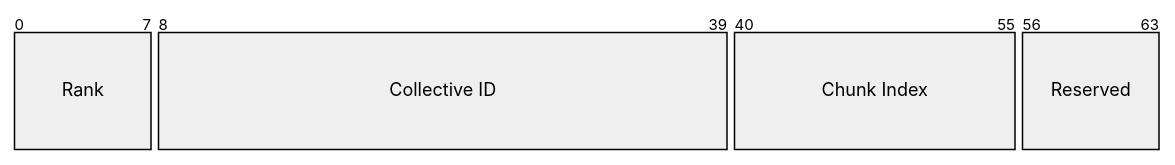
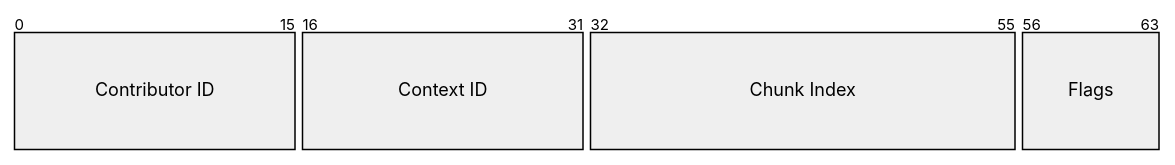
Diagram 12 of 13 in docs/chapters/3-architecture/protocol.md (uniquadev/prism), drawn with Mermaid before and after one commit. The commit also changed other lines of this file and 9 other files, not shown here.

````diff
--- a/docs/chapters/3-architecture/protocol.md
+++ b/docs/chapters/3-architecture/protocol.md
@@ -364,8 +580,8 @@
 ```mermaid
 %%{init: {"packet": {"bitsPerRow": 64, "bitWidth": 12, "rowHeight": 78, "showBits": true}} }%%
 packet
-    +8: "Rank"
-    +32: "Collective ID"
-    +16: "Chunk Index"
-    +8: "Reserved"
+    +16: "Contributor ID"
+    +16: "Context ID"
+    +24: "Chunk Index"
+    +8: "Flags"
 ```
````
